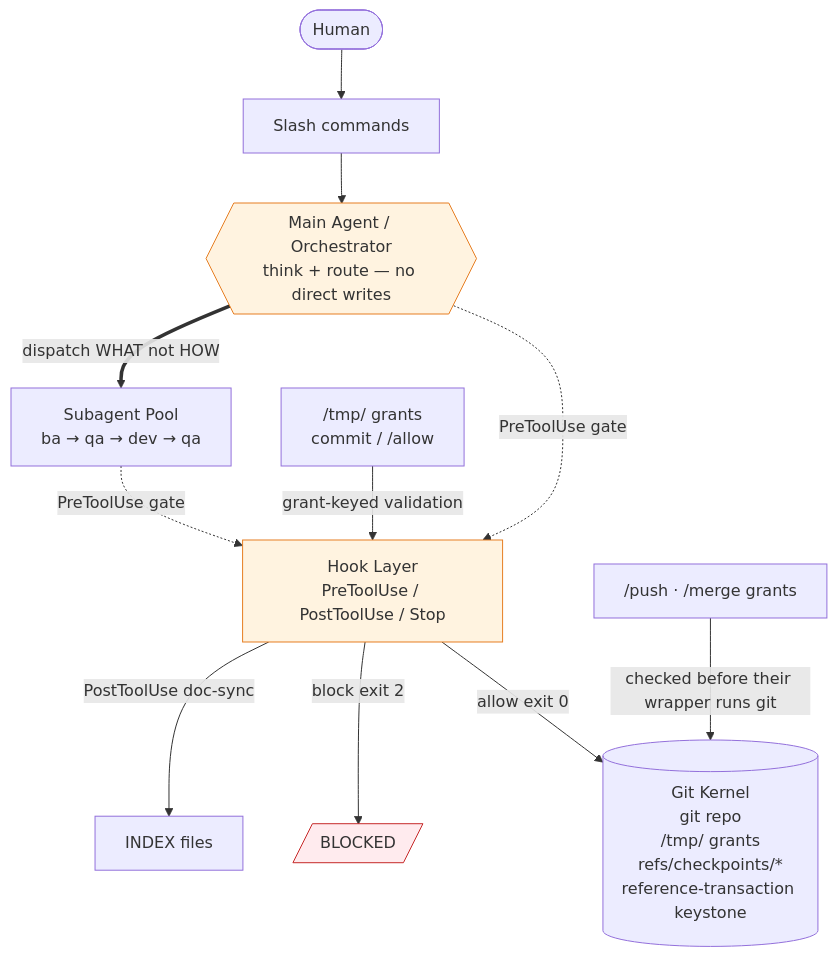
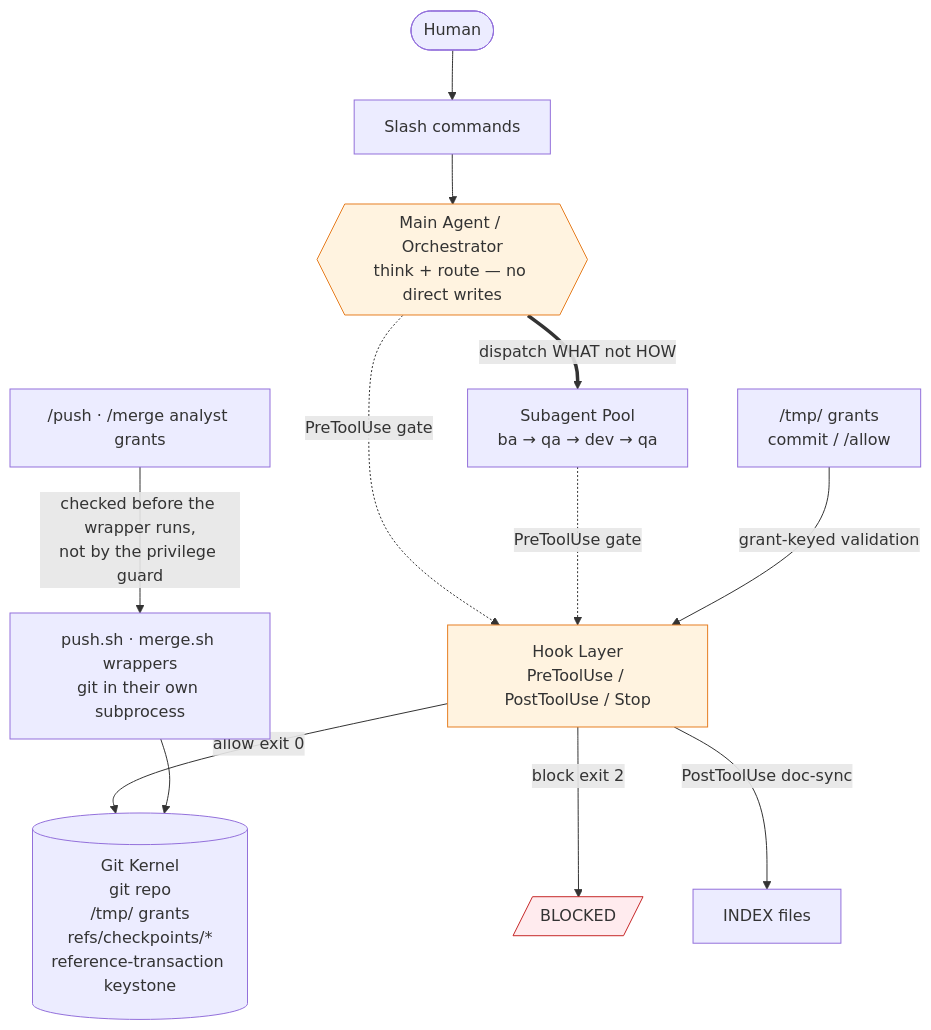
Before and after one commit to Yugoge/awesome-claude-harness: the diagram in docs/how-it-works.md, drawn with Mermaid. The commit also changed 2 other files, not shown here.

First paragraph of the commit message:
README: apply the two verifier reviews of the landing page
Required:
- The pipeline diagram's /commit node no longer says "one commit". /commit
  writes one grant per planned repository and commits per group. It now
  reads "QA first, then commits the task's files".

````diff
--- a/docs/how-it-works.md
+++ b/docs/how-it-works.md
@@ -27,22 +27,23 @@
 ```mermaid
 graph TD
     U([Human]) --> CMD[Slash commands]
     CMD --> ORC{{Main Agent / Orchestrator<br/>think + route — no direct writes}}
 
     ORC -.->|PreToolUse gate| HL
     SUB -.->|PreToolUse gate| HL
 
     ORC ==>|dispatch WHAT not HOW| SUB[Subagent Pool<br/>ba → qa → dev → qa]
 
     HL[Hook Layer<br/>PreToolUse / PostToolUse / Stop] -->|allow exit 0| GK[("Git Kernel<br/>git repo<br/>/tmp/ grants<br/>refs/checkpoints/*<br/>reference-transaction keystone")]
     HL -->|block exit 2| BLK[/BLOCKED/]
 
     HL -->|PostToolUse doc-sync| IDX[INDEX files]
     TMP["/tmp/ grants<br/>commit / /allow"] -->|grant-keyed validation| HL
-    PMG["/push · /merge grants"] -->|checked before their wrapper runs git| GK
+    PMG["/push · /merge analyst grants"] -->|"checked before the wrapper runs,<br/>not by the privilege guard"| WRP["push.sh · merge.sh wrappers<br/>git in their own subprocess"]
+    WRP --> GK
 
     classDef restricted fill:#ffebee,stroke:#c62828
     classDef gate fill:#fff3e0,stroke:#e67e22
     class BLK restricted
     class ORC,HL gate
 ```
````
